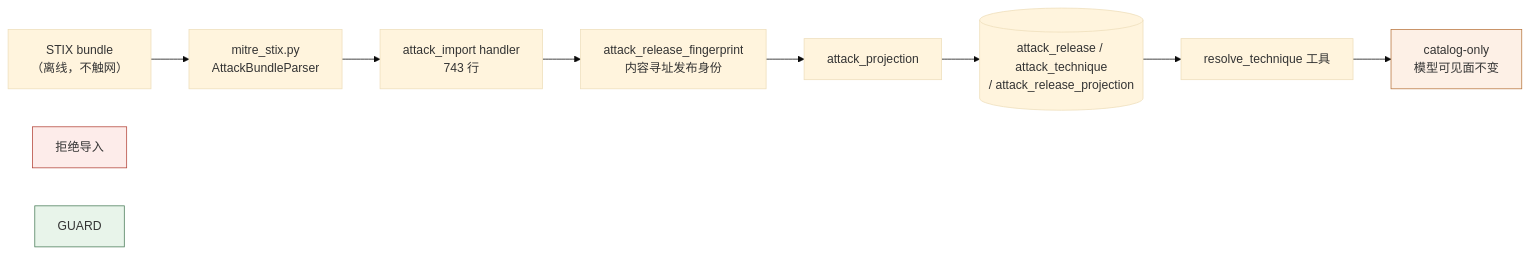
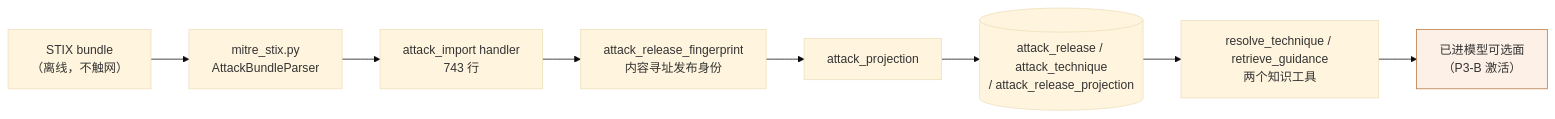
The third of 4 diagrams in docs/evidence/architecture-analysis/06-知识库与威胁情报.md (xsc683/HISIEM-SOC-Copilot), drawn with Mermaid before and after one commit. The commit also changed other lines of this file, not shown here.

````diff
--- a/docs/evidence/architecture-analysis/06-知识库与威胁情报.md
+++ b/docs/evidence/architecture-analysis/06-知识库与威胁情报.md
@@ -406,25 +245,22 @@
 ```mermaid
 ---
 config:
   theme: base
   themeVariables:
     fontFamily: YaHei
 ---
 flowchart LR
     STIX["STIX bundle<br/>（离线，不触网）"]
     PARSER["mitre_stix.py<br/>AttackBundleParser"]
     H["attack_import handler<br/>743 行"]
     FP["attack_release_fingerprint<br/>内容寻址发布身份"]
-    REJ["拒绝导入"]
     PROJ["attack_projection"]
     DB[("attack_release / attack_technique<br/>/ attack_release_projection")]
-    TOOL["resolve_technique 工具"]
-    CAT["catalog-only<br/>模型可见面不变"]
+    TOOL["resolve_technique / retrieve_guidance<br/>两个知识工具"]
+    CAT["已进模型可选面<br/>（P3-B 激活）"]
 
     STIX --> PARSER --> H --> FP --> PROJ --> DB
     DB --> TOOL --> CAT
 
-    style GUARD fill:#e8f4ea,stroke:#4a7c59
-    style REJ fill:#fdecea,stroke:#b3453a
     style CAT fill:#fdf0e6,stroke:#b8763e
 ```
````
